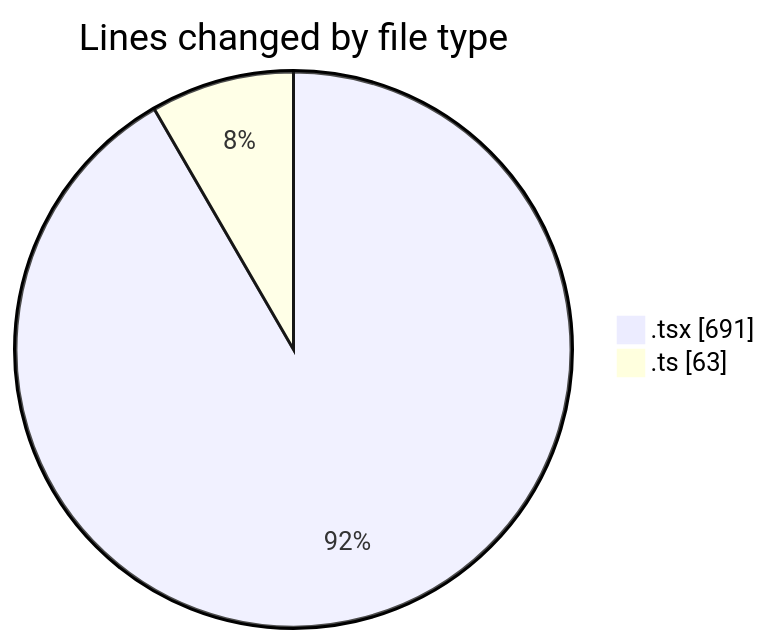
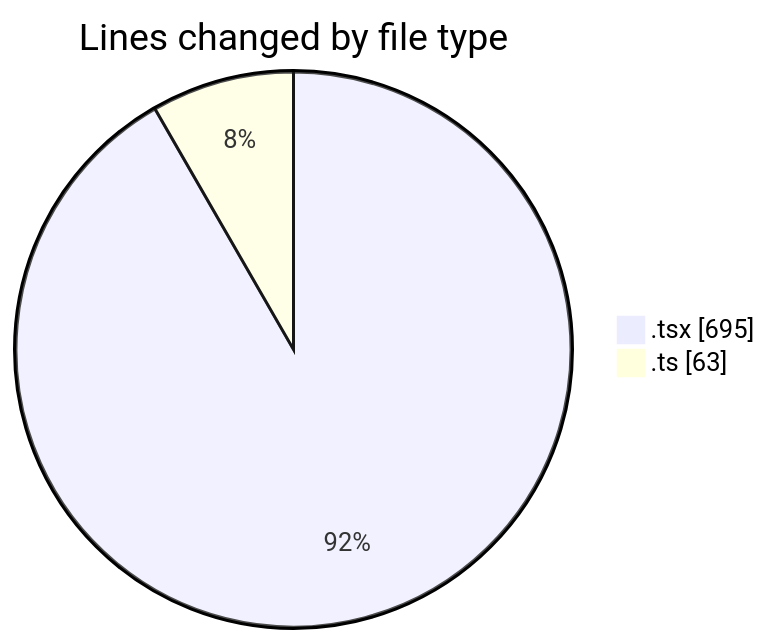
The first of 2 diagrams in 2025-04-02/cda/README.md (momahboobian/code-tracking), drawn with Mermaid before and after one commit. The commit also changed other lines of this file and 1 other file, not shown here.

````diff
--- a/2025-04-02/cda/README.md
+++ b/2025-04-02/cda/README.md
@@ -24,6 +24,6 @@
 ```mermaid
 pie showData
 title Lines changed by file type
-".tsx" : 691
+".tsx" : 695
 ".ts" : 63
 ```
````
